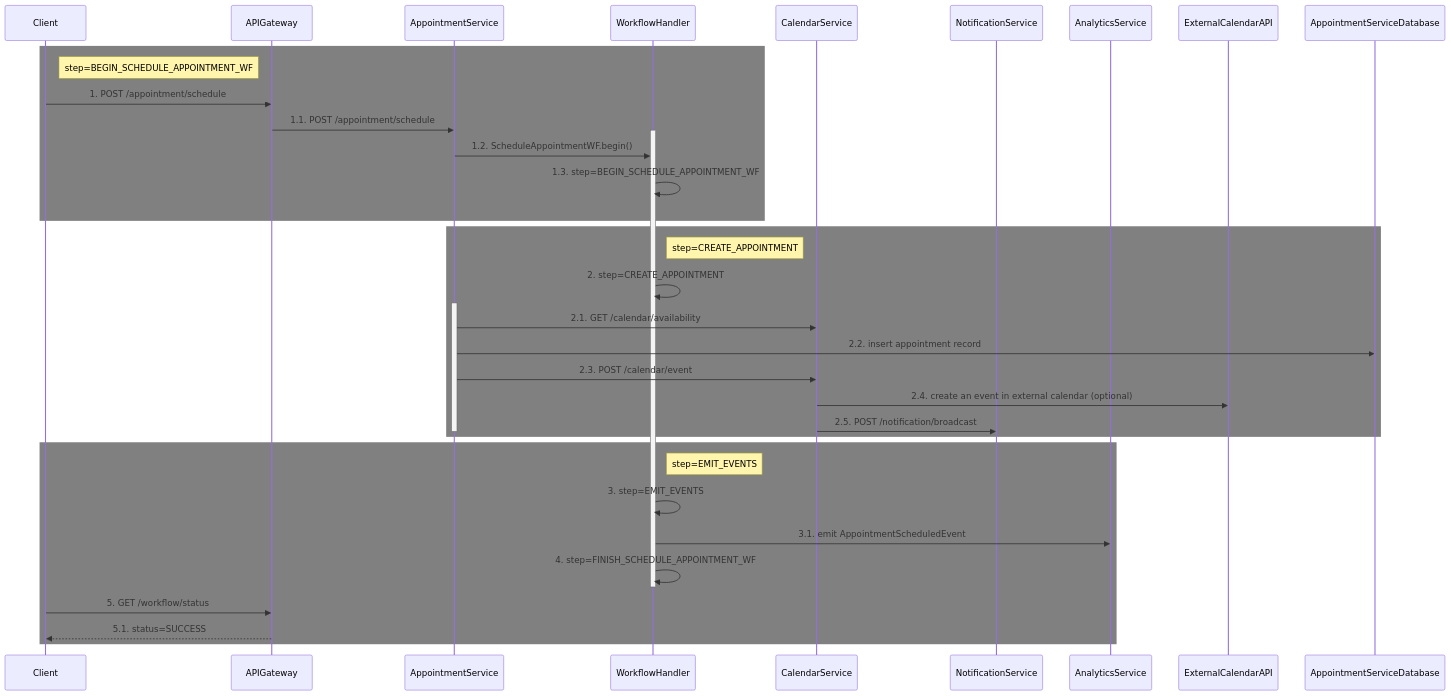
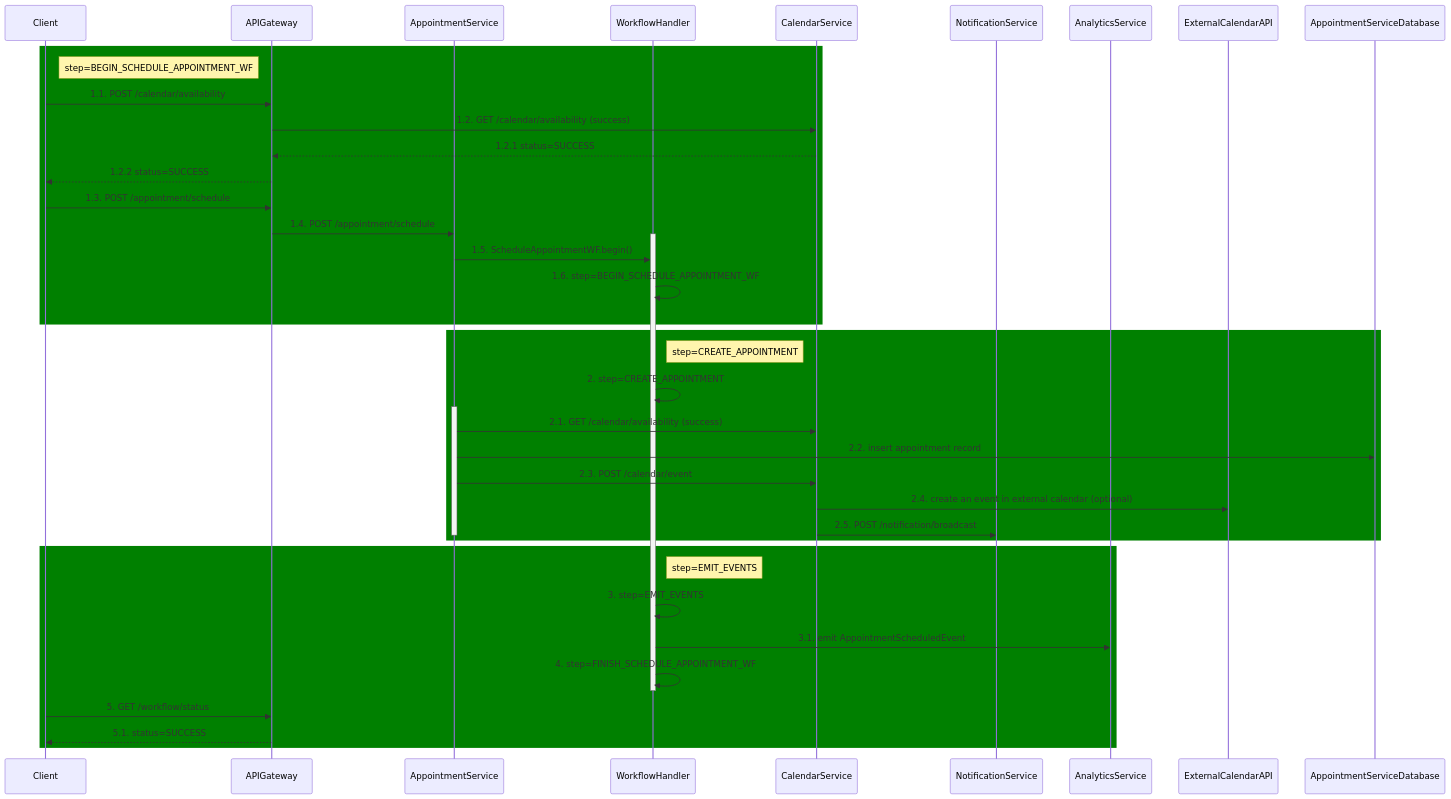
Before and after one commit to abdulawr/Healthcare-Appointment-Scheduling-System: the first of 4 diagrams in docs/architecture/use-cases/appointment.md, drawn with Mermaid. The commit also changed other lines of this file and 1 other file, not shown here.

First line of the commit message:
docs(appointments): add participant history endpoint & expand use-case flows

````diff
--- a/docs/architecture/use-cases/appointment.md
+++ b/docs/architecture/use-cases/appointment.md
@@ -15,47 +15,51 @@
 ```mermaid
 sequenceDiagram
     participant Client
     participant APIGateway
     participant AppointmentService
     participant WorkflowHandler
     participant CalendarService
     participant NotificationService
     participant AnalyticsService
     participant ExternalCalendarAPI
     participant AppointmentServiceDatabase
 
-    rect gray
+    rect green
     note right of Client: step=BEGIN_SCHEDULE_APPOINTMENT_WF
-    Client->>APIGateway: 1. POST /appointment/schedule
-    APIGateway->>AppointmentService: 1.1. POST /appointment/schedule
+    Client->>APIGateway: 1.1. POST /calendar/availability
+    APIGateway->>CalendarService: 1.2. GET /calendar/availability (success)
+    CalendarService-->>APIGateway: 1.2.1 status=SUCCESS
+    APIGateway-->>Client: 1.2.2 status=SUCCESS
+    Client->>APIGateway: 1.3. POST /appointment/schedule
+    APIGateway->>AppointmentService: 1.4. POST /appointment/schedule
     activate WorkflowHandler
-    AppointmentService->>WorkflowHandler: 1.2. ScheduleAppointmentWF.begin()
-    WorkflowHandler->>WorkflowHandler: 1.3. step=BEGIN_SCHEDULE_APPOINTMENT_WF
+    AppointmentService->>WorkflowHandler: 1.5. ScheduleAppointmentWF.begin()
+    WorkflowHandler->>WorkflowHandler: 1.6. step=BEGIN_SCHEDULE_APPOINTMENT_WF
     end
 
-    rect gray
+    rect green
     note right of WorkflowHandler: step=CREATE_APPOINTMENT
     WorkflowHandler->>WorkflowHandler: 2. step=CREATE_APPOINTMENT
 
     activate AppointmentService
-    AppointmentService->>CalendarService: 2.1. GET /calendar/availability
+    AppointmentService->>CalendarService: 2.1. GET /calendar/availability (success)
     AppointmentService->>AppointmentServiceDatabase: 2.2. insert appointment record
     AppointmentService->>CalendarService: 2.3. POST /calendar/event
     CalendarService->>ExternalCalendarAPI: 2.4. create an event in external calendar (optional)
     CalendarService->>NotificationService: 2.5. POST /notification/broadcast
     deactivate AppointmentService
     end
 
-   rect gray
+   rect green
    note right of WorkflowHandler: step=EMIT_EVENTS
     WorkflowHandler->>WorkflowHandler: 3. step=EMIT_EVENTS
     WorkflowHandler->>AnalyticsService: 3.1. emit AppointmentScheduledEvent
 
     WorkflowHandler->>WorkflowHandler: 4. step=FINISH_SCHEDULE_APPOINTMENT_WF
     deactivate WorkflowHandler
     
     Client->>APIGateway: 5. GET /workflow/status
     APIGateway-->>Client: 5.1. status=SUCCESS
     end
     
 ```
````
